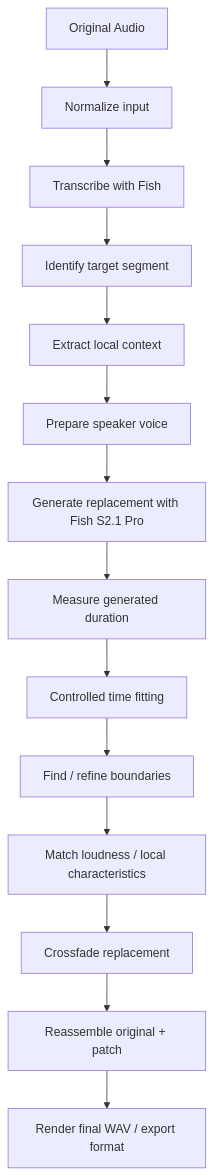
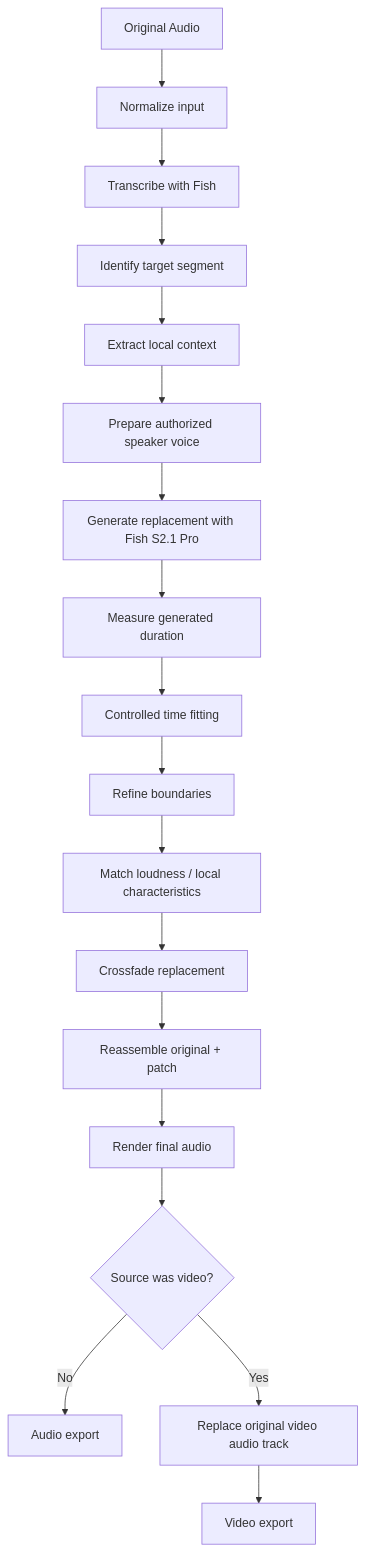
Before and after one commit to vishalsingh2972/speech-surgeon: the third of 3 diagrams in README.md, drawn with Mermaid. The commit also changed other lines of this file, not shown here.

````diff
--- a/README.md
+++ b/README.md
@@ -507,16 +720,20 @@
 ```mermaid
 flowchart TD
     A["Original Audio"] --> B["Normalize input"]
     B --> C["Transcribe with Fish"]
     C --> D["Identify target segment"]
     D --> E["Extract local context"]
-    E --> F["Prepare speaker voice"]
+    E --> F["Prepare authorized speaker voice"]
     F --> G["Generate replacement with Fish S2.1 Pro"]
     G --> H["Measure generated duration"]
     H --> I["Controlled time fitting"]
-    I --> J["Find / refine boundaries"]
+    I --> J["Refine boundaries"]
     J --> K["Match loudness / local characteristics"]
     K --> L["Crossfade replacement"]
     L --> M["Reassemble original + patch"]
-    M --> N["Render final WAV / export format"]
+    M --> N["Render final audio"]
+    N --> O{"Source was video?"}
+    O -- "No" --> P["Audio export"]
+    O -- "Yes" --> Q["Replace original video audio track"]
+    Q --> R["Video export"]
 ```
````
